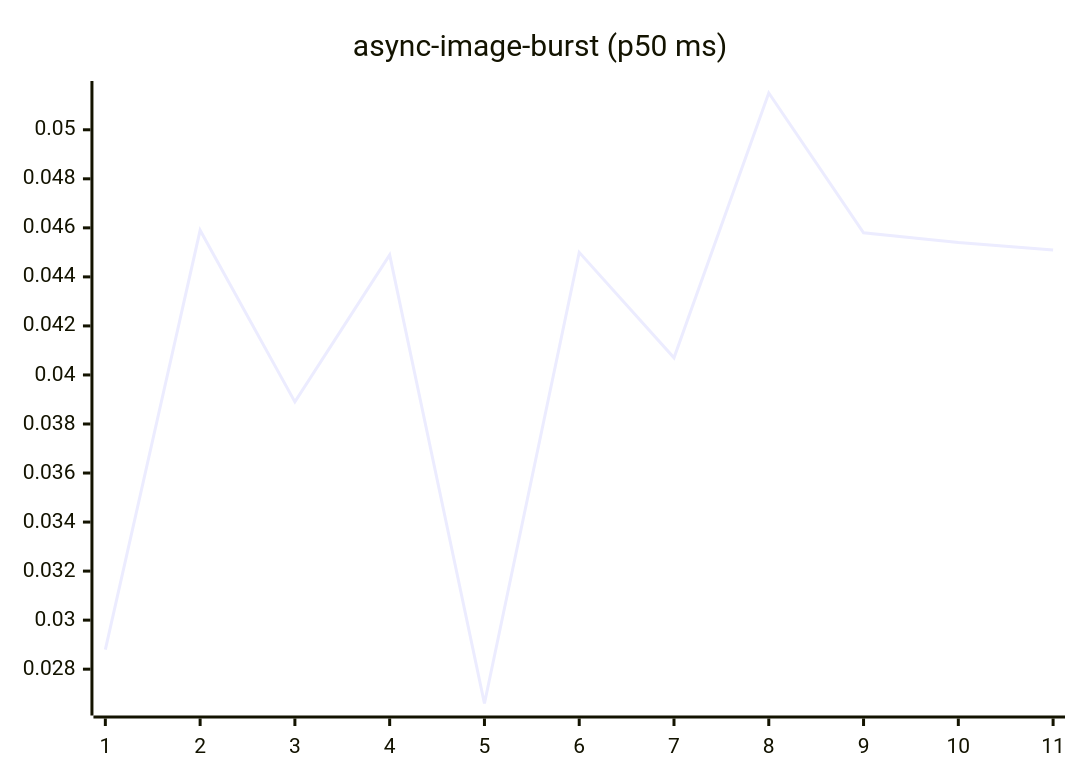
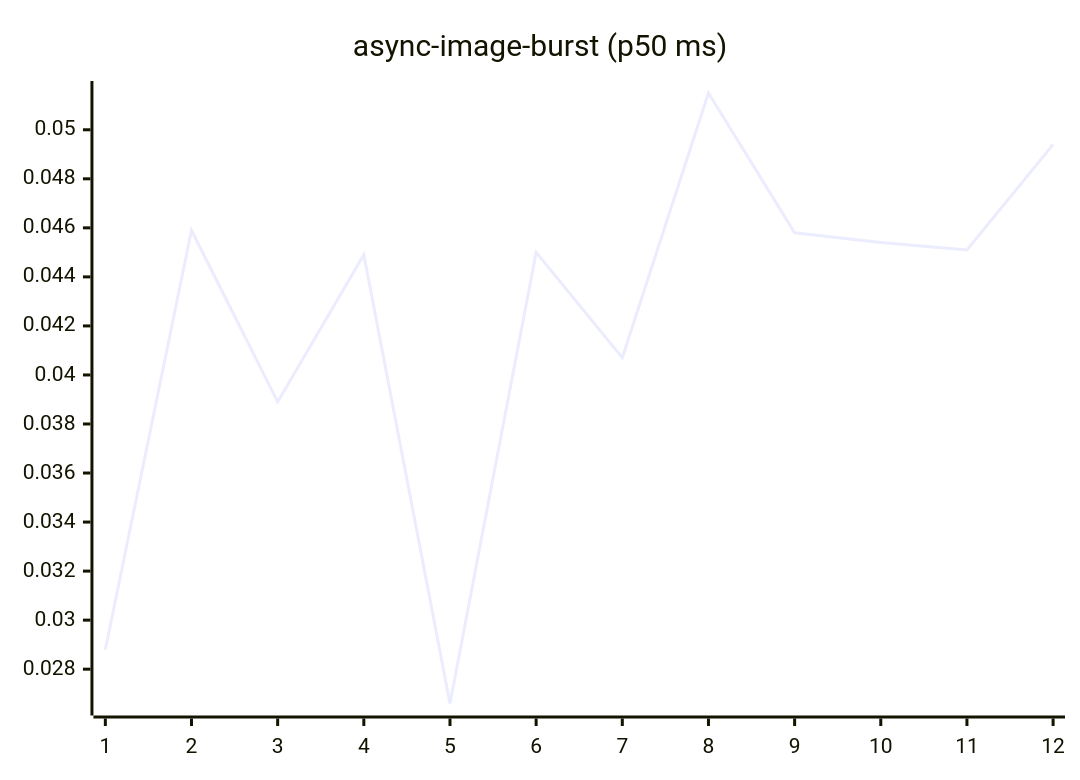
Before and after one commit to josha/Facet: the fourth of 27 diagrams in README.md, drawn with Mermaid. The commit also changed other lines of this file and 2 other files, not shown here.

````diff
--- a/README.md
+++ b/README.md
@@ -84,6 +84,6 @@
 ```mermaid
 xychart-beta
     title "async-image-burst (p50 ms)"
-    x-axis 1 --> 11
-    line [0.0288, 0.0459, 0.0389, 0.0449, 0.0266, 0.0450, 0.0407, 0.0515, 0.0458, 0.0454, 0.0451]
+    x-axis 1 --> 12
+    line [0.0288, 0.0459, 0.0389, 0.0449, 0.0266, 0.0450, 0.0407, 0.0515, 0.0458, 0.0454, 0.0451, 0.0494]
 ```
````
